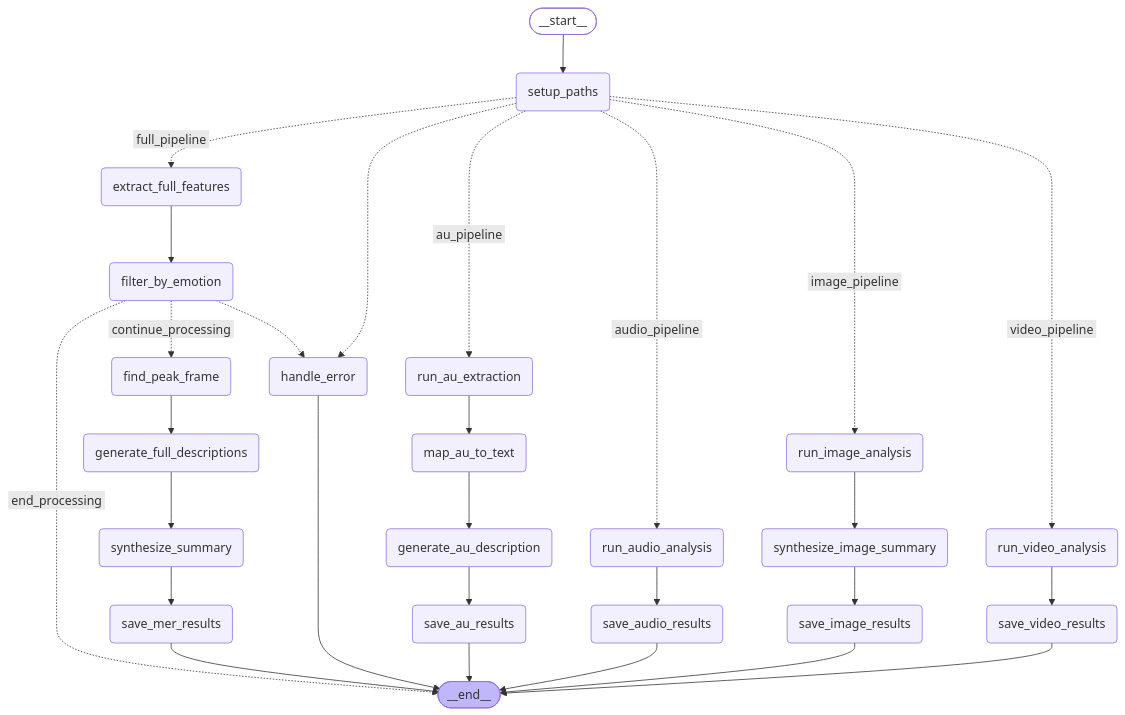
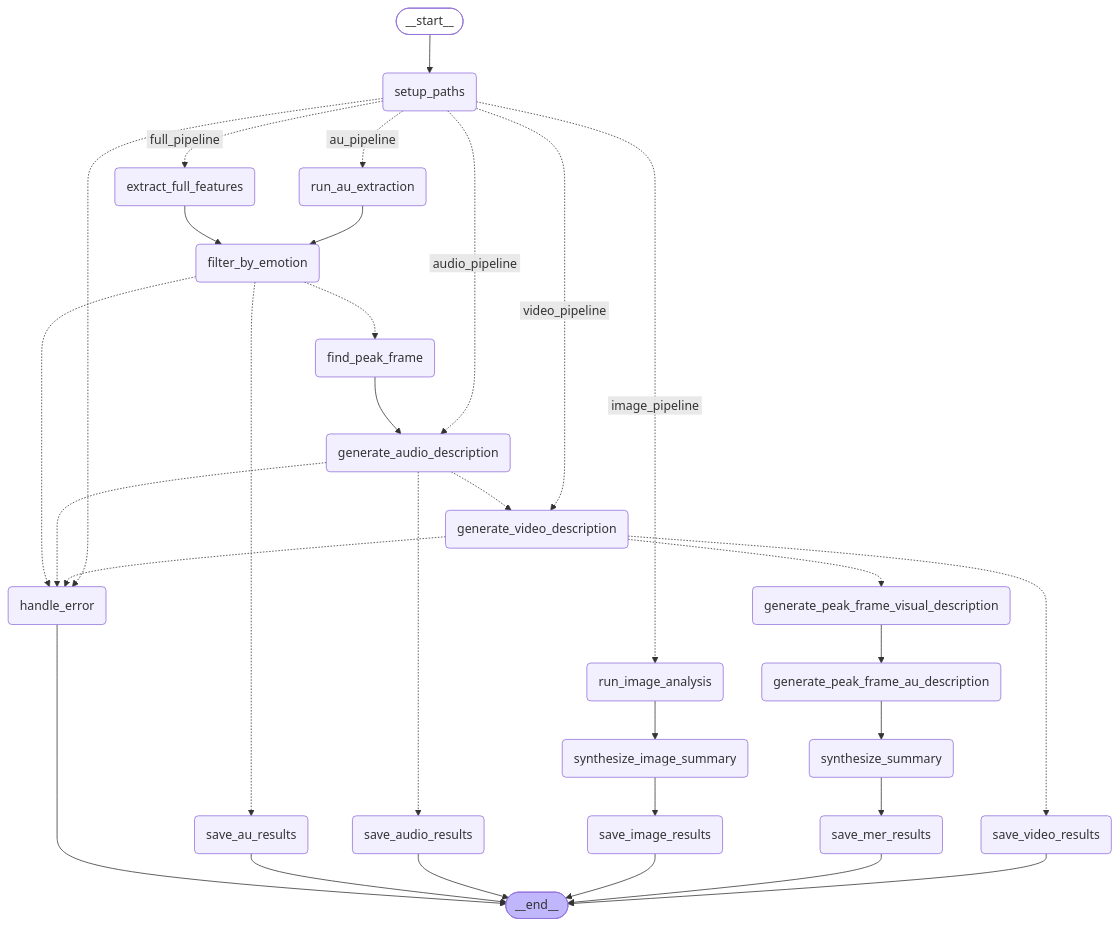
One commit to viveksapkal2793/MER-Factory changed the diagram in README.md. Above: the diagram before and after it, drawn with Mermaid. The commit also changed 5 other files, not shown here.

````diff
--- a/README.md
+++ b/README.md
@@ -13,54 +13,56 @@
 ```mermaid
 graph TD;
         __start__([<p>__start__</p>]):::first
         setup_paths(setup_paths)
         handle_error(handle_error)
         run_au_extraction(run_au_extraction)
-        map_au_to_text(map_au_to_text)
-        generate_au_description(generate_au_description)
         save_au_results(save_au_results)
-        run_audio_analysis(run_audio_analysis)
+        generate_audio_description(generate_audio_description)
         save_audio_results(save_audio_results)
-        run_video_analysis(run_video_analysis)
+        generate_video_description(generate_video_description)
         save_video_results(save_video_results)
         extract_full_features(extract_full_features)
         filter_by_emotion(filter_by_emotion)
         find_peak_frame(find_peak_frame)
-        generate_full_descriptions(generate_full_descriptions)
+        generate_peak_frame_visual_description(generate_peak_frame_visual_description)
+        generate_peak_frame_au_description(generate_peak_frame_au_description)
         synthesize_summary(synthesize_summary)
         save_mer_results(save_mer_results)
         run_image_analysis(run_image_analysis)
         synthesize_image_summary(synthesize_image_summary)
         save_image_results(save_image_results)
         __end__([<p>__end__</p>]):::last
         __start__ --> setup_paths;
         extract_full_features --> filter_by_emotion;
-        filter_by_emotion -. &nbsp;end_processing&nbsp; .-> __end__;
-        filter_by_emotion -. &nbsp;continue_processing&nbsp; .-> find_peak_frame;
+        filter_by_emotion -.-> find_peak_frame;
         filter_by_emotion -.-> handle_error;
-        find_peak_frame --> generate_full_descriptions;
-        generate_au_description --> save_au_results;
-        generate_full_descriptions --> synthesize_summary;
-        map_au_to_text --> generate_au_description;
-        run_au_extraction --> map_au_to_text;
-        run_audio_analysis --> save_audio_results;
+        filter_by_emotion -.-> save_au_results;
+        find_peak_frame --> generate_audio_description;
+        generate_audio_description -.-> generate_video_description;
+        generate_audio_description -.-> handle_error;
+        generate_audio_description -.-> save_audio_results;
+        generate_peak_frame_au_description --> synthesize_summary;
+        generate_peak_frame_visual_description --> generate_peak_frame_au_description;
+        generate_video_description -.-> generate_peak_frame_visual_description;
+        generate_video_description -.-> handle_error;
+        generate_video_description -.-> save_video_results;
+        run_au_extraction --> filter_by_emotion;
         run_image_analysis --> synthesize_image_summary;
-        run_video_analysis --> save_video_results;
         setup_paths -. &nbsp;full_pipeline&nbsp; .-> extract_full_features;
+        setup_paths -. &nbsp;audio_pipeline&nbsp; .-> generate_audio_description;
+        setup_paths -. &nbsp;video_pipeline&nbsp; .-> generate_video_description;
         setup_paths -.-> handle_error;
         setup_paths -. &nbsp;au_pipeline&nbsp; .-> run_au_extraction;
-        setup_paths -. &nbsp;audio_pipeline&nbsp; .-> run_audio_analysis;
         setup_paths -. &nbsp;image_pipeline&nbsp; .-> run_image_analysis;
-        setup_paths -. &nbsp;video_pipeline&nbsp; .-> run_video_analysis;
         synthesize_image_summary --> save_image_results;
         synthesize_summary --> save_mer_results;
         handle_error --> __end__;
         save_au_results --> __end__;
         save_audio_results --> __end__;
         save_image_results --> __end__;
         save_mer_results --> __end__;
         save_video_results --> __end__;
         classDef default fill:#f2f0ff,line-height:1.2
         classDef first fill-opacity:0
         classDef last fill:#bfb6fc
 ```
````
